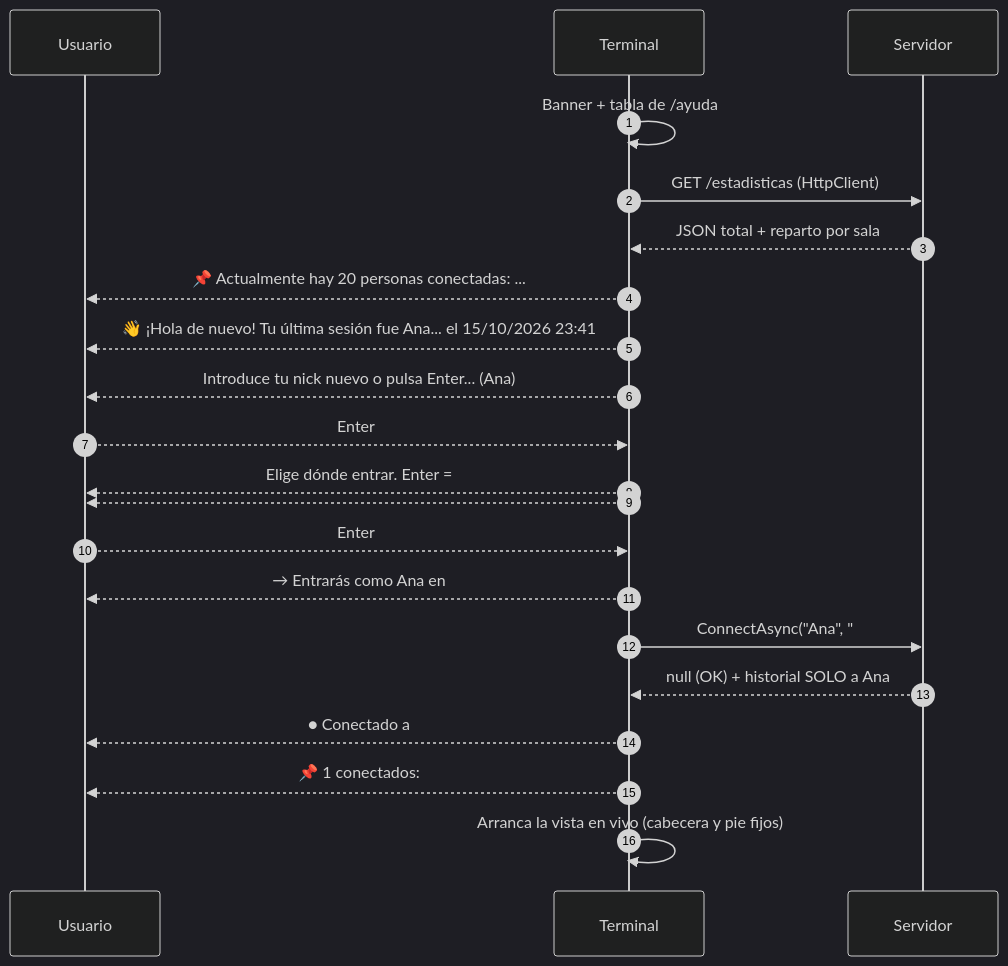
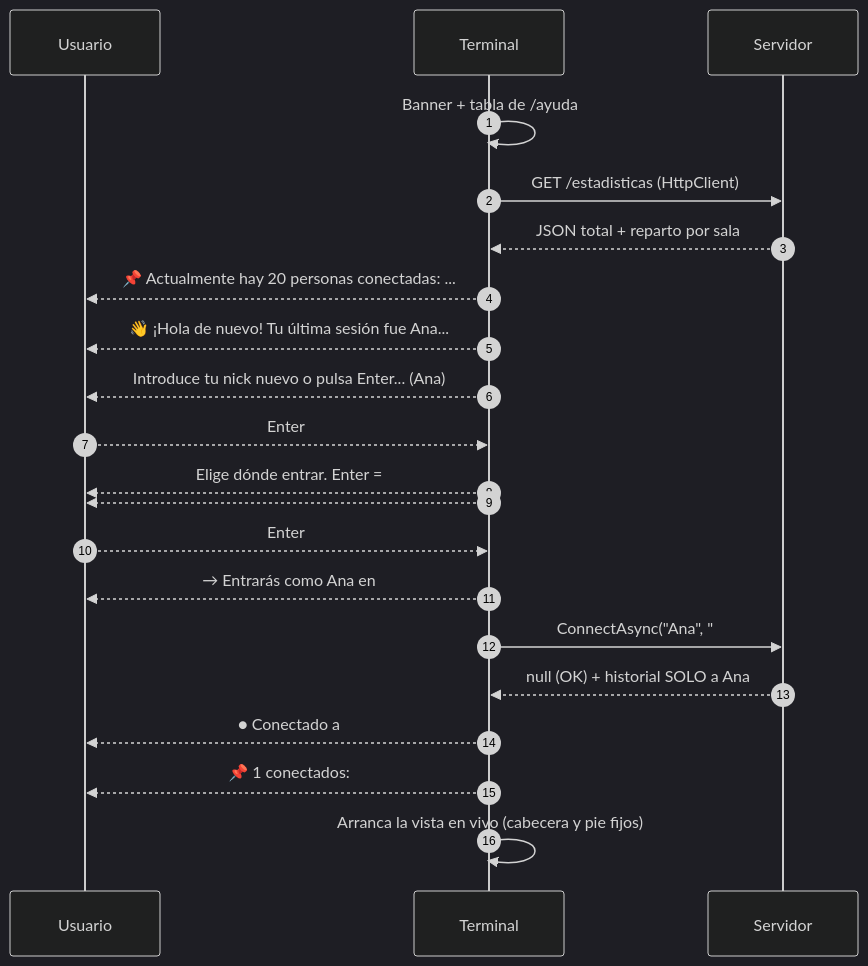
The first of 2 diagrams in docs/02-cliente-terminal.md (joseluisgs/AulaChatNet), drawn with Mermaid (dark theme) before and after one commit. The commit also changed other lines of this file and 1 other file, not shown here.

````diff
--- a/docs/02-cliente-terminal.md
+++ b/docs/02-cliente-terminal.md
@@ -48,26 +119,26 @@
 ```mermaid
 sequenceDiagram
     autonumber
     participant U as Usuario
     participant T as Terminal
     participant S as Servidor
 
     T->>T: Banner + tabla de /ayuda
     T->>S: GET /estadisticas (HttpClient)
     S-->>T: JSON total + reparto por sala
     T-->>U: 📌 Actualmente hay 20 personas conectadas: ...
 
-    T-->>U: 👋 ¡Hola de nuevo! Tu última sesión fue Ana... el 15/10/2026 23:41
+    T-->>U: 👋 ¡Hola de nuevo! Tu última sesión fue Ana...
     T-->>U: Introduce tu nick nuevo o pulsa Enter... (Ana)
     U-->>T: Enter
     T-->>U: Elige dónde entrar. Enter = #general (tu último canal visitado)
     T-->>U: #general ←  #daw  #dam  #asir  #smr
     U-->>T: Enter
     T-->>U: → Entrarás como Ana en #general
 
     T->>S: ConnectAsync("Ana", "#general")
     S-->>T: null (OK) + historial SOLO a Ana
     T-->>U: ● Conectado a #general como Ana · 1 en la sala · 1 en total
     T-->>U: 📌 1 conectados: #general 1 ● · #daw 0 · ...
     T->>T: Arranca la vista en vivo (cabecera y pie fijos)
 ```
````
